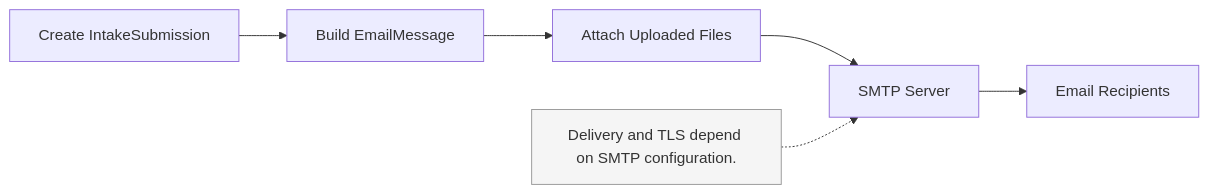
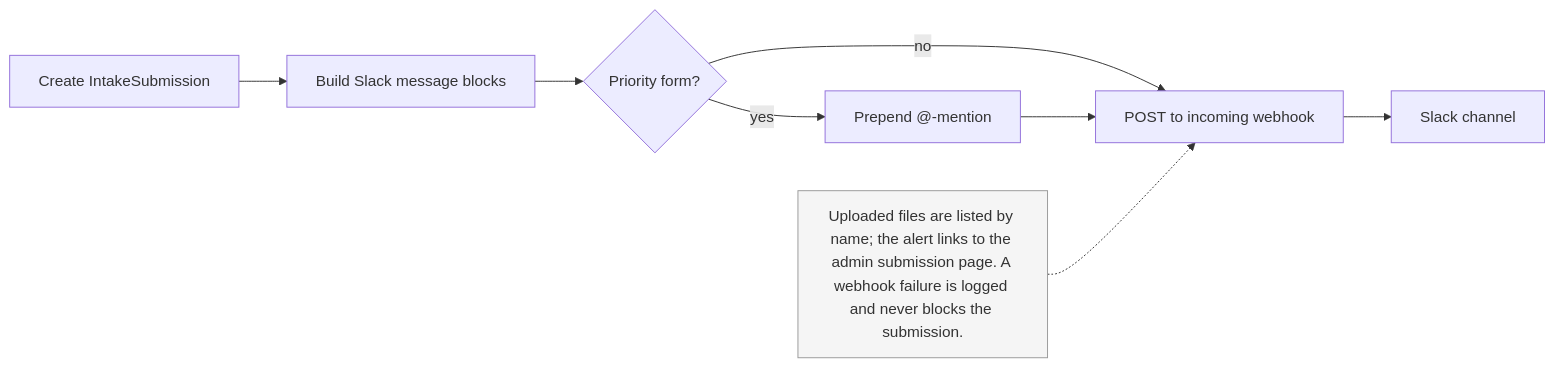
Before and after one commit to stirlingv/xfed: the seventh of 7 diagrams in docs/technical/diagrams.md, drawn with Mermaid. The commit also changed other lines of this file and 16 other files, not shown here.

First line of the commit message:
feat(notifications): replace email with Slack-only notifications and add contact form

````diff
--- a/docs/technical/diagrams.md
+++ b/docs/technical/diagrams.md
@@ -234,12 +234,14 @@
 ```mermaid
 flowchart LR
-    submission[Create IntakeSubmission] --> build_email[Build EmailMessage]
-    build_email --> attach_files[Attach Uploaded Files]
-    attach_files --> smtp[SMTP Server]
-    smtp --> recipients[Email Recipients]
+    submission[Create IntakeSubmission] --> build_msg[Build Slack message blocks]
+    build_msg --> mention{Priority form?}
+    mention -->|yes| add_mention[Prepend @-mention]
+    mention -->|no| post_hook
+    add_mention --> post_hook[POST to incoming webhook]
+    post_hook --> channel[Slack channel]
 
-    note_email[Delivery and TLS depend on SMTP configuration.]:::note
-    note_email -.-> smtp
+    note_slack[Uploaded files are listed by name; the alert links to the admin submission page. A webhook failure is logged and never blocks the submission.]:::note
+    note_slack -.-> post_hook
 
     classDef note fill:#f5f5f5,stroke:#999,stroke-width:1px,color:#333;
 ```
````
